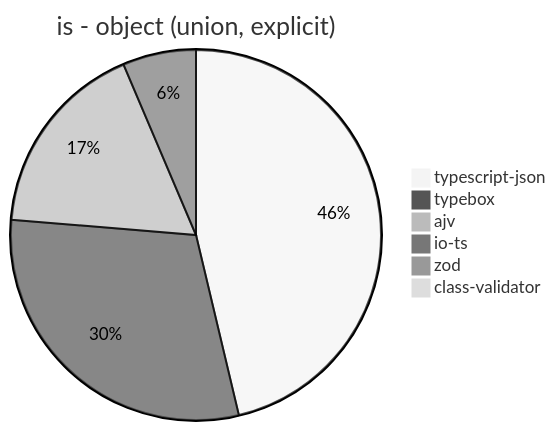
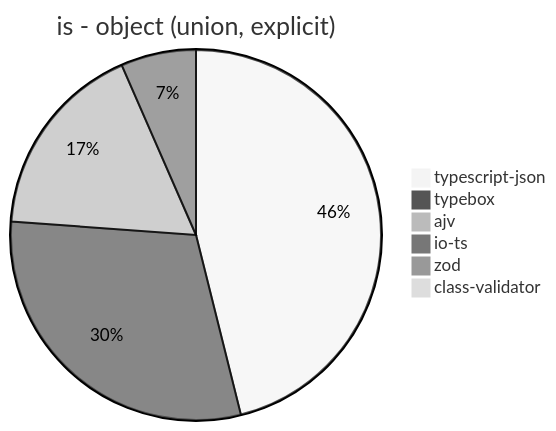
The fourth of 9 diagrams in benchmark/results/AMD Ryzen 7 3700X 8-Core Processor.md (samchon/typia), drawn with Mermaid (neutral theme) before and after one commit. The commit also changed other lines of this file and 2 other files, not shown here.

````diff
--- a/benchmark/results/AMD Ryzen 7 3700X 8-Core Processor.md
+++ b/benchmark/results/AMD Ryzen 7 3700X 8-Core Processor.md
@@ -55,9 +55,9 @@
 ```mermaid
 pie title is - object (union, explicit)
-  "typescript-json": 16388.641425389756
-  "typebox": 10634.278254382694
-  "ajv": 6122.272317403066
-  "io-ts": 2265.261627906977
-  "zod": 26.533996683250415
-  "class-validator": 83.27165062916359
+  "typescript-json": 16158.129175946548
+  "typebox": 10534.67889908257
+  "ajv": 6055.96812171708
+  "io-ts": 2298.6583348649147
+  "zod": 27.166882276843467
+  "class-validator": 84.01792382374907
 ```
````
